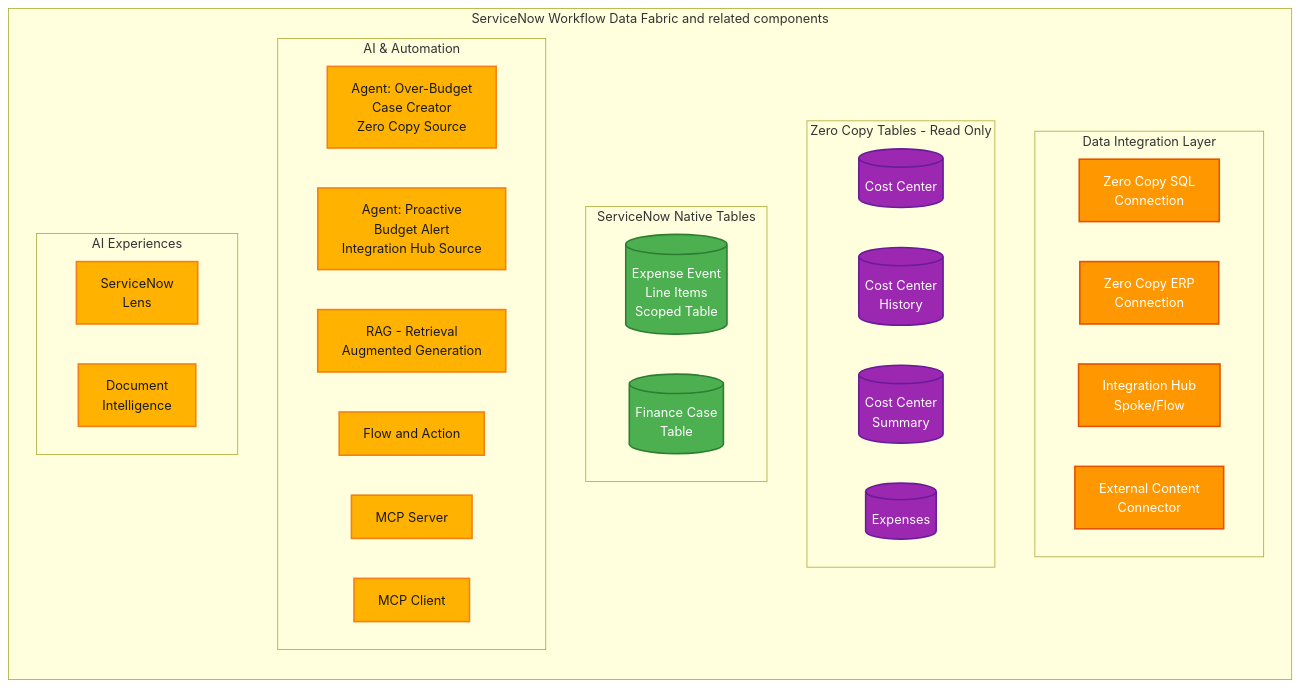
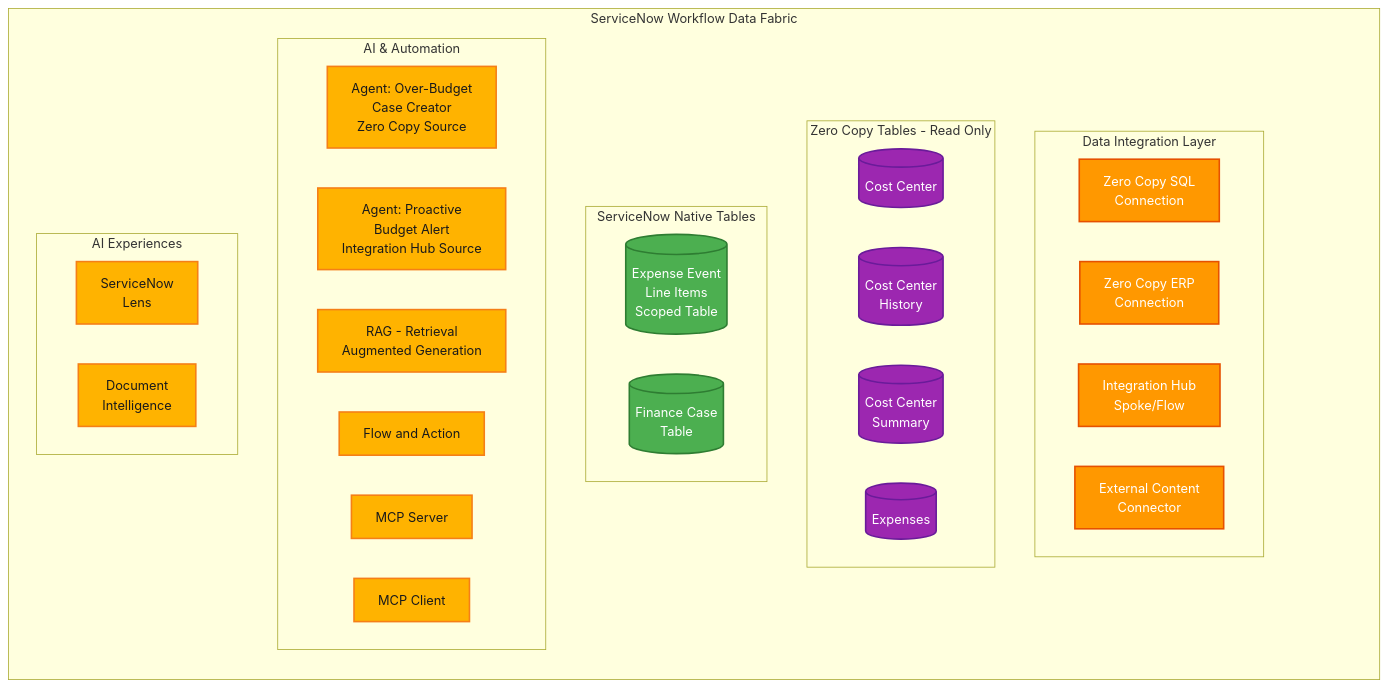
The third of 4 diagrams in data-and-flow-diagrams.md (leojacinto/WorkflowDataFabric-TypeA), drawn with Mermaid before and after one commit.

Commit message:
Fix mermaid chart overlap: shorten subgraph title + add spacer node

````diff
--- a/data-and-flow-diagrams.md
+++ b/data-and-flow-diagrams.md
@@ -81,53 +81,55 @@
 ```mermaid
 graph LR
-    subgraph "ServiceNow Workflow Data Fabric and related components"
+    subgraph "ServiceNow Workflow Data Fabric"
+        spacer[ ]:::hidden
         subgraph "Data Integration Layer"
             ZeroCopySQL[Zero Copy SQL<br/>Connection]
             ZeroCopyERP[Zero Copy ERP<br/>Connection]
             IntHub[Integration Hub<br/>Spoke/Flow]
             ExtContent[External Content<br/>Connector]
         end
 
         subgraph "Zero Copy Tables - Read Only"
             ZCCC[(Cost Center)]
             ZCCH[(Cost Center</br>History)]
             ZCCS[(Cost Center</br>Summary)]
             ZCExp[(Expenses)]
         end
 
         subgraph "ServiceNow Native Tables"
             ExpenseTable[(Expense Event<br/>Line Items<br/>Scoped Table)]
             FinCase[(Finance Case<br/>Table)]
         end
 
 
         subgraph "AI & Automation"
             Agent1[Agent: Over-Budget<br/>Case Creator<br/>Zero Copy Source]
             Agent2[Agent: Proactive<br/>Budget Alert<br/>Integration Hub Source]
             RAG[RAG - Retrieval<br/>Augmented Generation]
             FlowAction[Flow and Action]
             MCP[MCP Server]
             MCPC[MCP Client]
         end
 
         subgraph "AI Experiences"
             Lens["ServiceNow</br>Lens"]
             DocIntel["Document</br>Intelligence"]
         end
     end
 
     %% Styling
     classDef external fill:#2196F3,stroke:#1565C0,stroke-width:2px,color:#fff
     classDef integration fill:#FF9800,stroke:#E65100,stroke-width:2px,color:#fff
     classDef zeroCopy fill:#9C27B0,stroke:#6A1B9A,stroke-width:2px,color:#fff
     classDef native fill:#4CAF50,stroke:#2E7D32,stroke-width:2px,color:#fff
     classDef ai fill:#FFB300,stroke:#F57F17,stroke-width:2px,color:#1a1a1a
     classDef user fill:#42A5F5,stroke:#1565C0,stroke-width:3px,color:#fff
 
     class ERP,ExpenseAPI,SharePoint,CDW external
     class ZeroCopySQL,ZeroCopyERP,IntHub,ExtContent integration
     class ZCCC,ZCCH,ZCCS,ZCExp zeroCopy
+    classDef hidden fill:none,stroke:none,color:transparent,font-size:0
     class ExpenseTable,FinCase,FinVar native
     class Agent1,Agent2,RAG,NASK,FlowAction,MCP,MCPC,GGraph,NLQuery,Lens,DocIntel ai
     class Employee,EC,ControlTower,ClaudeDesktop user
 ```
````
